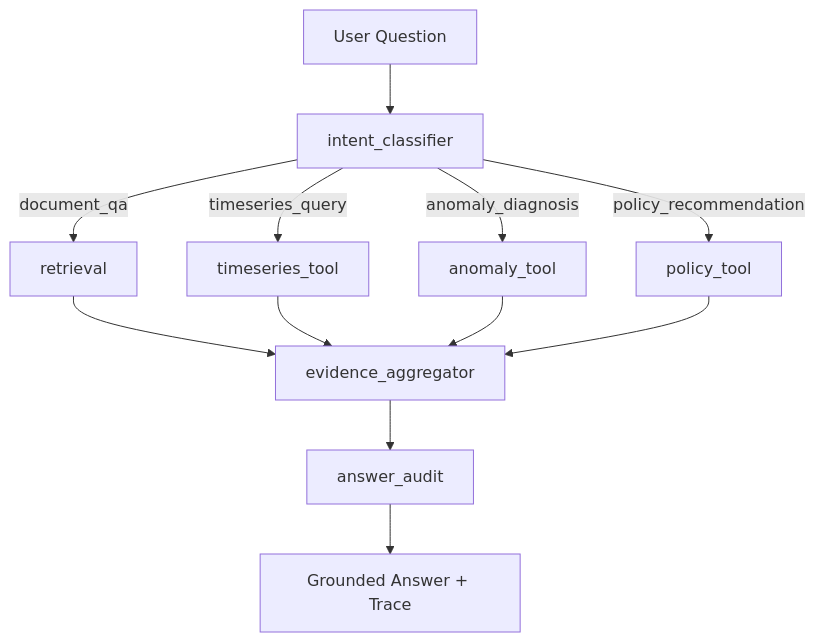
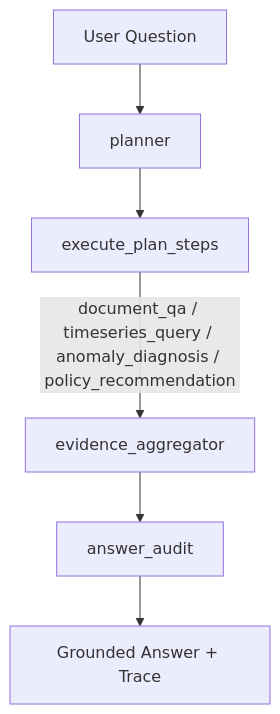
One commit to zwzwzwzwz123/DataCenter-HVAC-Copilot changed the diagram in README.md. Above: the diagram before and after it, drawn with Mermaid. The commit also changed other lines of this file and 10 other files, not shown here.

````diff
--- a/README.md
+++ b/README.md
@@ -66,14 +76,8 @@
 ```mermaid
 flowchart TD
-    A[User Question] --> B[intent_classifier]
-    B -->|document_qa| C[retrieval]
-    B -->|timeseries_query| D[timeseries_tool]
-    B -->|anomaly_diagnosis| E[anomaly_tool]
-    B -->|policy_recommendation| F[policy_tool]
-    C --> G[evidence_aggregator]
-    D --> G
-    E --> G
-    F --> G
+    A[User Question] --> B[planner]
+    B --> C[execute_plan_steps]
+    C -->|document_qa / timeseries_query / anomaly_diagnosis / policy_recommendation| G[evidence_aggregator]
     G --> H[answer_audit]
     H --> I[Grounded Answer + Trace]
 ```
````
